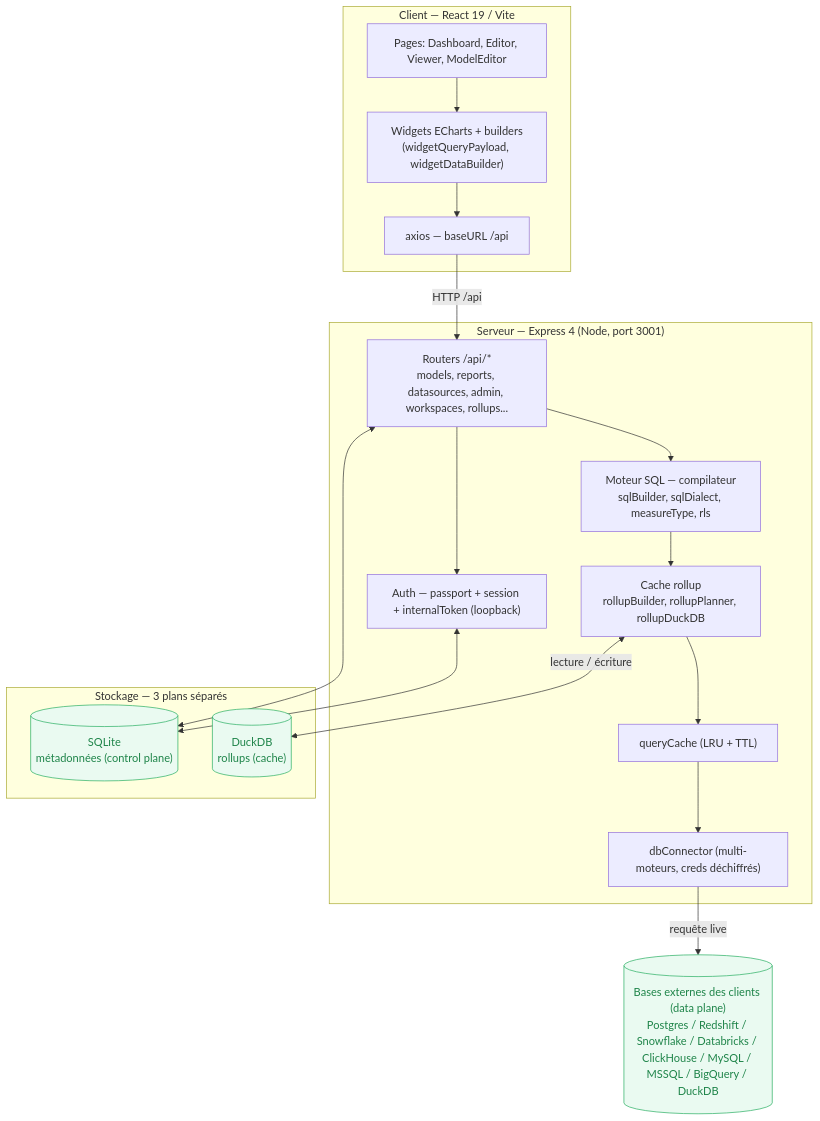
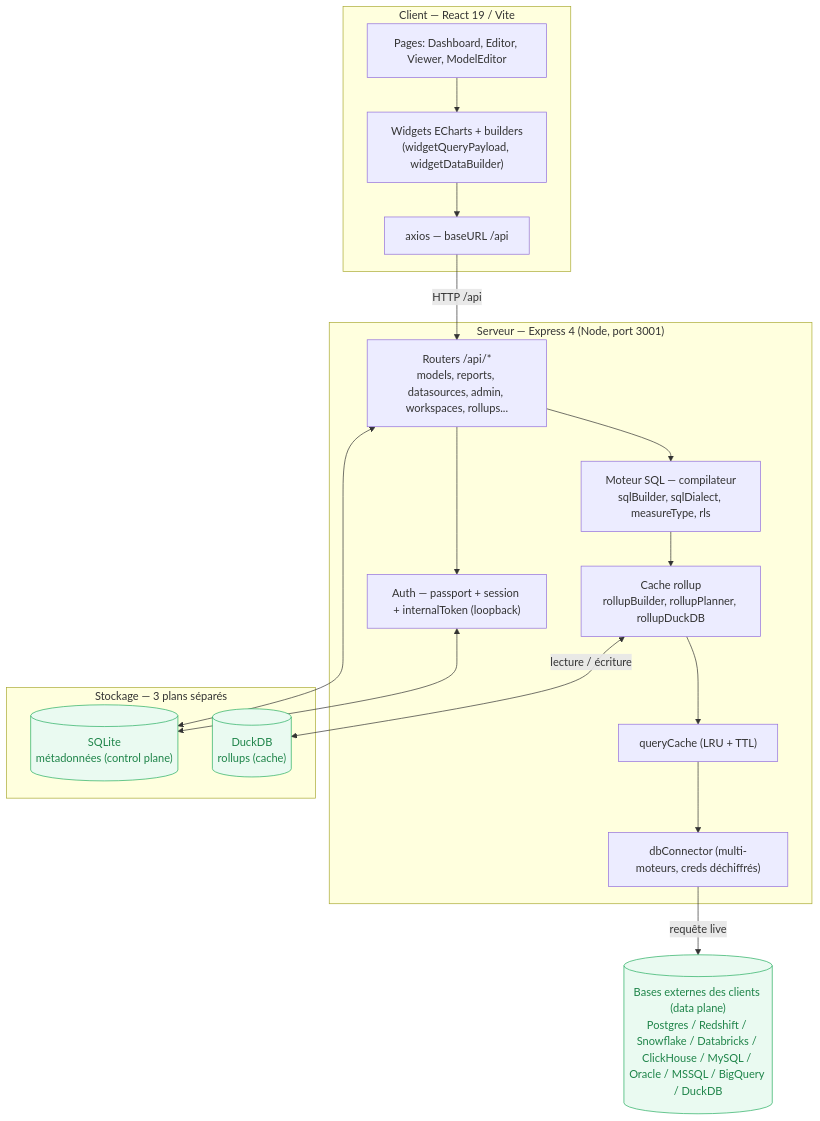
Before and after one commit to cracky777/openreport: the first of 5 diagrams in docs/ARCHITECTURE.md, drawn with Mermaid. The commit also changed other lines of this file and 21 other files, not shown here.

````diff
--- a/docs/ARCHITECTURE.md
+++ b/docs/ARCHITECTURE.md
@@ -36,37 +36,37 @@
 ```mermaid
 flowchart TB
   subgraph Client["Client — React 19 / Vite"]
     UI["Pages: Dashboard, Editor, Viewer, ModelEditor"]
     WIDG["Widgets ECharts + builders<br/>(widgetQueryPayload, widgetDataBuilder)"]
     AX["axios — baseURL /api"]
     UI --> WIDG --> AX
   end
 
   subgraph Server["Serveur — Express 4 (Node, port 3001)"]
     RT["Routers /api/*<br/>models, reports, datasources, admin, workspaces, rollups..."]
     AUTH["Auth — passport + session + internalToken (loopback)"]
     ENG["Moteur SQL — compilateur<br/>sqlBuilder, sqlDialect, measureType, rls"]
     ROLL["Cache rollup<br/>rollupBuilder, rollupPlanner, rollupDuckDB"]
     QC["queryCache (LRU + TTL)"]
     CONN["dbConnector (multi-moteurs, creds déchiffrés)"]
   end
 
   subgraph Data["Stockage — 3 plans séparés"]
     META[("SQLite<br/>métadonnées (control plane)")]
     RUP[("DuckDB<br/>rollups (cache)")]
   end
-  EXT[("Bases externes des clients (data plane)<br/>Postgres / Redshift / Snowflake / Databricks / ClickHouse / MySQL / MSSQL / BigQuery / DuckDB")]
+  EXT[("Bases externes des clients (data plane)<br/>Postgres / Redshift / Snowflake / Databricks / ClickHouse / MySQL / Oracle / MSSQL / BigQuery / DuckDB")]
 
   AX -->|"HTTP /api"| RT
   RT --> AUTH
   RT --> ENG
   ENG --> ROLL
   ROLL --> QC --> CONN
   CONN -->|"requête live"| EXT
   ROLL <-->|"lecture / écriture"| RUP
   RT <--> META
   AUTH <--> META
 
   classDef strong fill:#eafaf1,stroke:#27ae60,stroke-width:1px,color:#1e8449;
   class META,RUP,EXT strong
 ```
````
